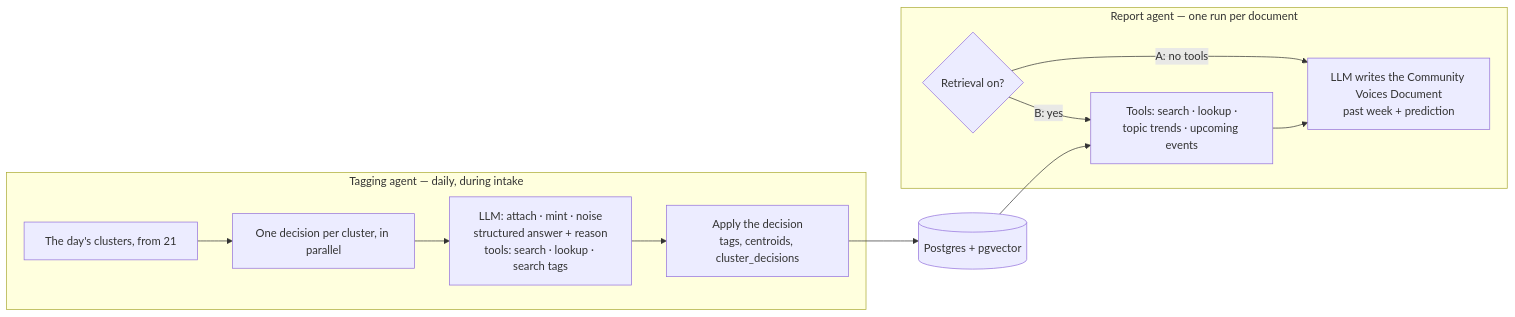
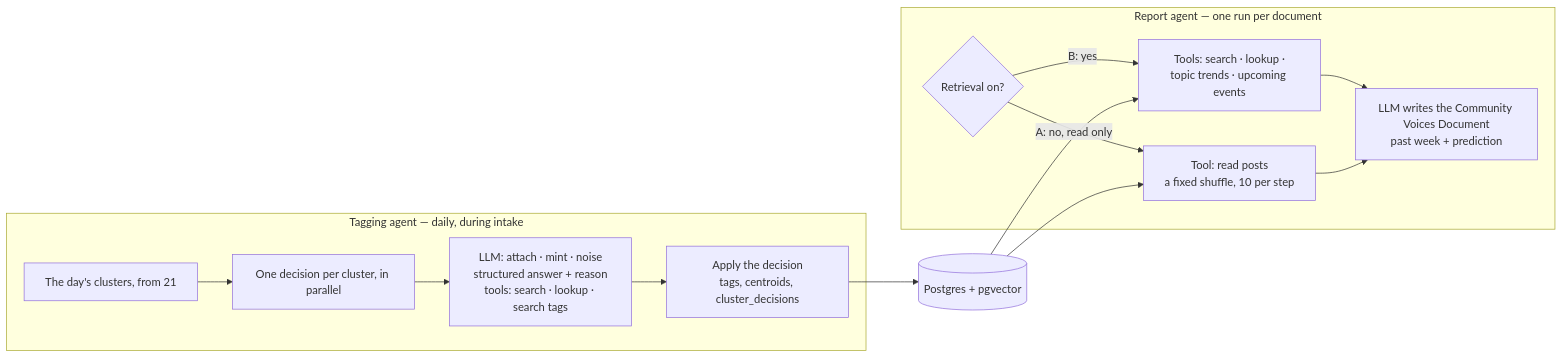
The diagram in docs/atlas/60-agents.md (brianaderer/transcendent), drawn with Mermaid before and after one commit. The commit also changed other lines of this file and 22 other files, not shown here.

First line of the commit message:
report: version A reads posts without retrieval, ten per step; a nudge toward prediction

````diff
--- a/docs/atlas/60-agents.md
+++ b/docs/atlas/60-agents.md
@@ -11,19 +11,21 @@
 ```mermaid
 flowchart LR
     subgraph TAG["Tagging agent — daily, during intake"]
         C["The day's clusters, from 21"]
         FAN["One decision per cluster, in parallel"]
         DEC["LLM: attach · mint · noise<br/>structured answer + reason<br/>tools: search · lookup · search tags"]
         APPLY["Apply the decision<br/>tags, centroids, cluster_decisions"]
         C --> FAN --> DEC --> APPLY
     end
     subgraph REP["Report agent — one run per document"]
         SW{"Retrieval on?"}
         TOOLS["Tools: search · lookup ·<br/>topic trends · upcoming events"]
+        READ["Tool: read posts<br/>a fixed shuffle, 10 per step"]
         WRITE["LLM writes the Community Voices Document<br/>past week + prediction"]
         SW -->|"B: yes"| TOOLS --> WRITE
-        SW -->|"A: no tools"| WRITE
+        SW -->|"A: no, read only"| READ --> WRITE
     end
     APPLY --> STORE[("Postgres + pgvector")]
     STORE --> TOOLS
+    STORE --> READ
 ```
````
